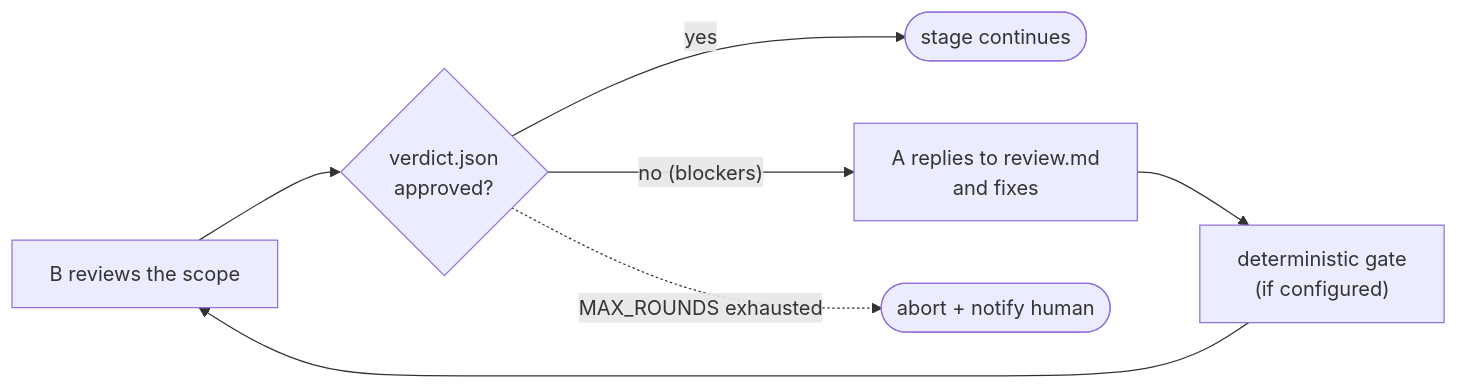
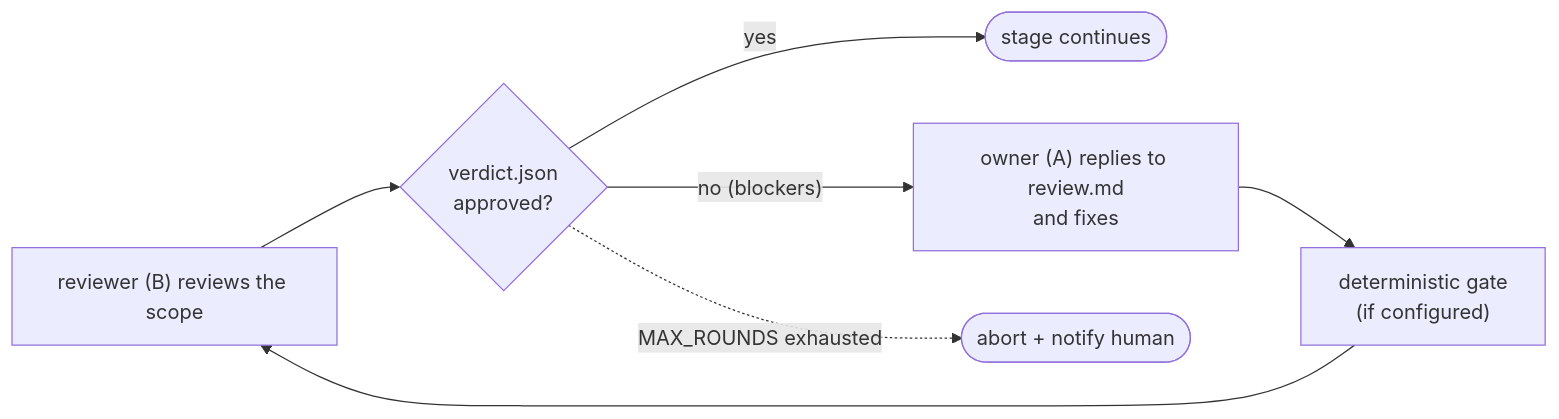
Before and after one commit to yhchiu/adversarial-ai-coding: the second of 2 diagrams in docs/how-it-works.md, drawn with Mermaid. The commit also changed other lines of this file and 3 other files, not shown here.

First line of the commit message:
docs: name owner, reviewer, and implementer in the READMEs

````diff
--- a/docs/how-it-works.md
+++ b/docs/how-it-works.md
@@ -58,8 +60,8 @@
 ```mermaid
 flowchart LR
-    review["B reviews the scope"] --> verdict{"verdict.json<br/>approved?"}
+    review["reviewer (B) reviews the scope"] --> verdict{"verdict.json<br/>approved?"}
     verdict -- "yes" --> done(["stage continues"])
-    verdict -- "no (blockers)" --> fix["A replies to review.md<br/>and fixes"]
+    verdict -- "no (blockers)" --> fix["owner (A) replies to review.md<br/>and fixes"]
     fix --> dgate["deterministic gate<br/>(if configured)"] --> review
     verdict -. "MAX_ROUNDS exhausted" .-> halt(["abort + notify human"])
 ```
````
